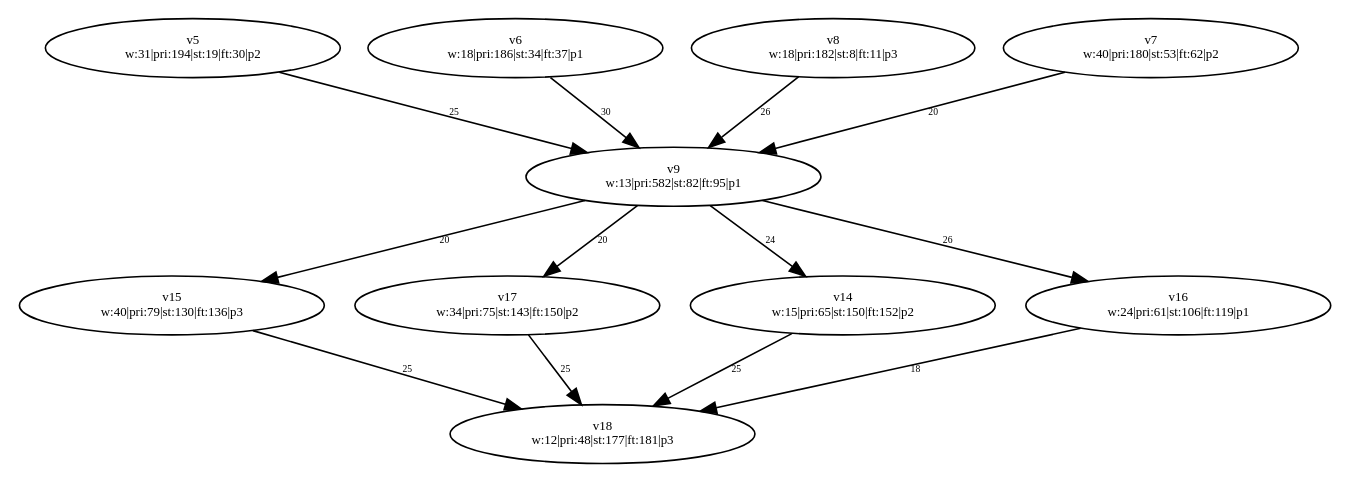
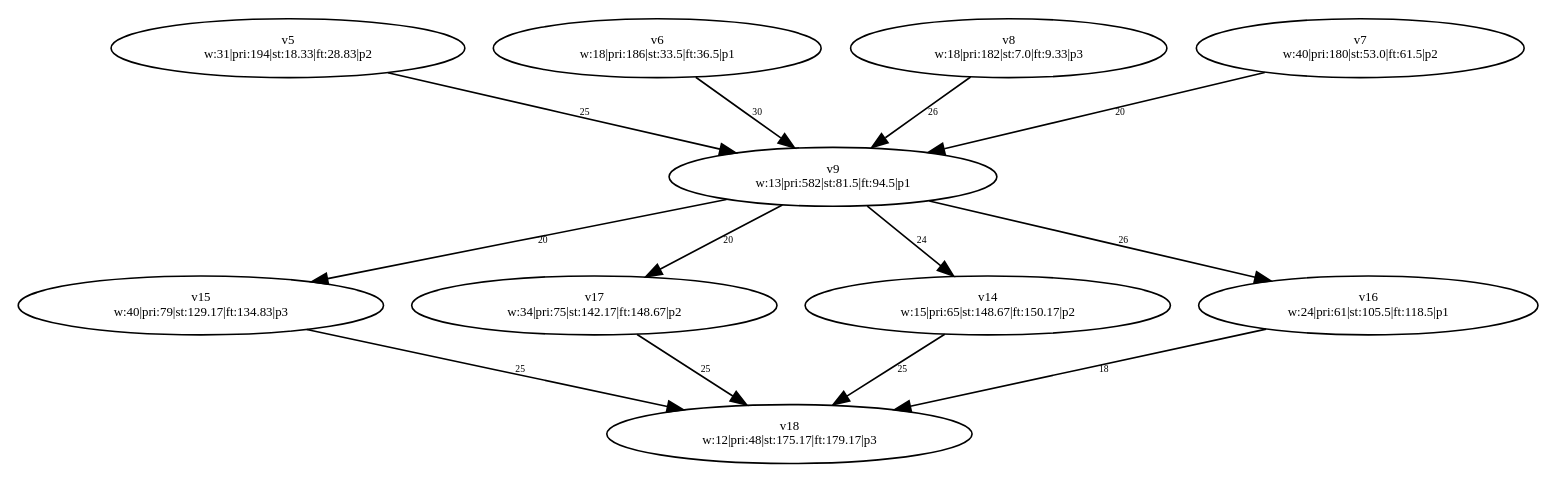
Before and after one commit to dexters1/Task-Scheduling-Based-on-Genetic-Algorithms: the diagram in PythonApplication1/PythonApplication1/test-output/slika_8_Simplified.gv, drawn with Graphviz. The commit also changed 112 other files, not shown here.

```diff
--- a/PythonApplication1/PythonApplication1/test-output/slika_8_Simplified.gv
+++ b/PythonApplication1/PythonApplication1/test-output/slika_8_Simplified.gv
@@ -1,34 +1,34 @@
 digraph {
 	v5 [label="v5
-w:31|pri:194|st:19|ft:30|p2" fontsize=8.0]
+w:31|pri:194|st:18.33|ft:28.83|p2" fontsize=8.0]
 	v6 [label="v6
-w:18|pri:186|st:34|ft:37|p1" fontsize=8.0]
+w:18|pri:186|st:33.5|ft:36.5|p1" fontsize=8.0]
 	v8 [label="v8
-w:18|pri:182|st:8|ft:11|p3" fontsize=8.0]
+w:18|pri:182|st:7.0|ft:9.33|p3" fontsize=8.0]
 	v7 [label="v7
-w:40|pri:180|st:53|ft:62|p2" fontsize=8.0]
+w:40|pri:180|st:53.0|ft:61.5|p2" fontsize=8.0]
 	v9 [label="v9
-w:13|pri:582|st:82|ft:95|p1" fontsize=8.0]
+w:13|pri:582|st:81.5|ft:94.5|p1" fontsize=8.0]
 	v15 [label="v15
-w:40|pri:79|st:130|ft:136|p3" fontsize=8.0]
+w:40|pri:79|st:129.17|ft:134.83|p3" fontsize=8.0]
 	v17 [label="v17
-w:34|pri:75|st:143|ft:150|p2" fontsize=8.0]
+w:34|pri:75|st:142.17|ft:148.67|p2" fontsize=8.0]
 	v14 [label="v14
-w:15|pri:65|st:150|ft:152|p2" fontsize=8.0]
+w:15|pri:65|st:148.67|ft:150.17|p2" fontsize=8.0]
 	v16 [label="v16
-w:24|pri:61|st:106|ft:119|p1" fontsize=8.0]
+w:24|pri:61|st:105.5|ft:118.5|p1" fontsize=8.0]
 	v18 [label="v18
-w:12|pri:48|st:177|ft:181|p3" fontsize=8.0]
+w:12|pri:48|st:175.17|ft:179.17|p3" fontsize=8.0]
 	v5 -> v9 [label=25 constraint=true fontsize=6.0]
 	v6 -> v9 [label=30 constraint=true fontsize=6.0]
 	v7 -> v9 [label=20 constraint=true fontsize=6.0]
 	v8 -> v9 [label=26 constraint=true fontsize=6.0]
 	v14 -> v18 [label=25 constraint=true fontsize=6.0]
 	v15 -> v18 [label=25 constraint=true fontsize=6.0]
 	v16 -> v18 [label=18 constraint=true fontsize=6.0]
 	v17 -> v18 [label=25 constraint=true fontsize=6.0]
 	v9 -> v16 [label=26 constraint=true fontsize=6.0]
 	v9 -> v15 [label=20 constraint=true fontsize=6.0]
 	v9 -> v17 [label=20 constraint=true fontsize=6.0]
 	v9 -> v14 [label=24 constraint=true fontsize=6.0]
 }
```
